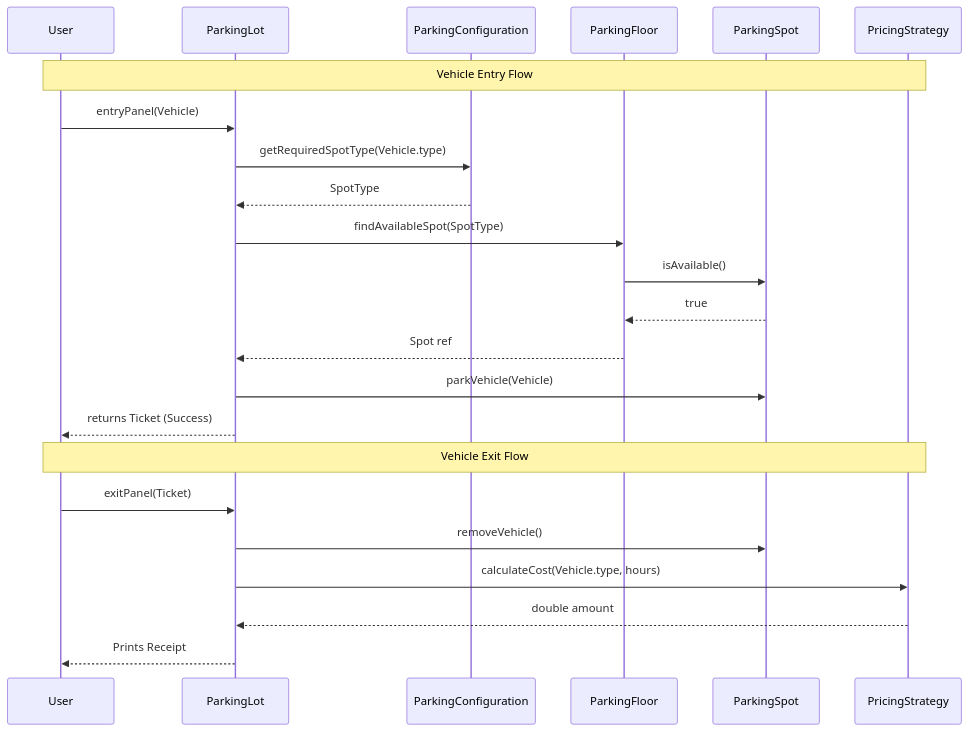
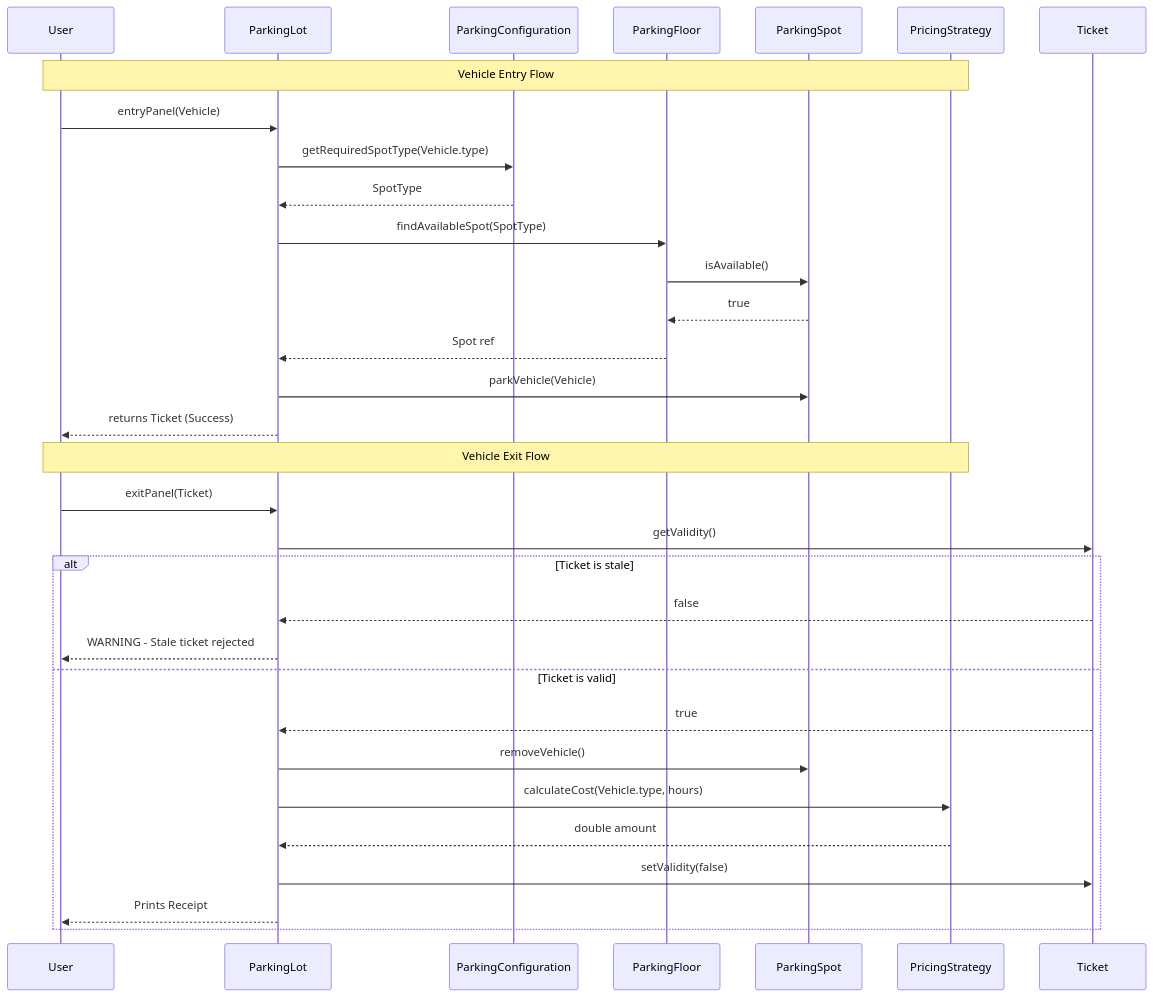
The second of 2 diagrams in README.md (avkhalkar/LLD-Parking-Lot), drawn with Mermaid before and after one commit. The commit also changed other lines of this file, not shown here.

````diff
--- a/README.md
+++ b/README.md
@@ -123,27 +128,35 @@
 ```mermaid
 sequenceDiagram
     participant User
     participant ParkingLot
     participant ParkingConfiguration
     participant ParkingFloor
     participant ParkingSpot
     participant PricingStrategy
 
     Note over User,PricingStrategy: Vehicle Entry Flow
     User->>ParkingLot: entryPanel(Vehicle)
     ParkingLot->>ParkingConfiguration: getRequiredSpotType(Vehicle.type)
     ParkingConfiguration-->>ParkingLot: SpotType
     ParkingLot->>ParkingFloor: findAvailableSpot(SpotType)
     ParkingFloor->>ParkingSpot: isAvailable()
     ParkingSpot-->>ParkingFloor: true
     ParkingFloor-->>ParkingLot: Spot ref
     ParkingLot->>ParkingSpot: parkVehicle(Vehicle)
     ParkingLot-->>User: returns Ticket (Success)
 
     Note over User,PricingStrategy: Vehicle Exit Flow
     User->>ParkingLot: exitPanel(Ticket)
-    ParkingLot->>ParkingSpot: removeVehicle()
-    ParkingLot->>PricingStrategy: calculateCost(Vehicle.type, hours)
-    PricingStrategy-->>ParkingLot: double amount
-    ParkingLot-->>User: Prints Receipt
+    ParkingLot->>Ticket: getValidity()
+    alt Ticket is stale
+        Ticket-->>ParkingLot: false
+        ParkingLot-->>User: WARNING - Stale ticket rejected
+    else Ticket is valid
+        Ticket-->>ParkingLot: true
+        ParkingLot->>ParkingSpot: removeVehicle()
+        ParkingLot->>PricingStrategy: calculateCost(Vehicle.type, hours)
+        PricingStrategy-->>ParkingLot: double amount
+        ParkingLot->>Ticket: setValidity(false)
+        ParkingLot-->>User: Prints Receipt
+    end
 ```
````
